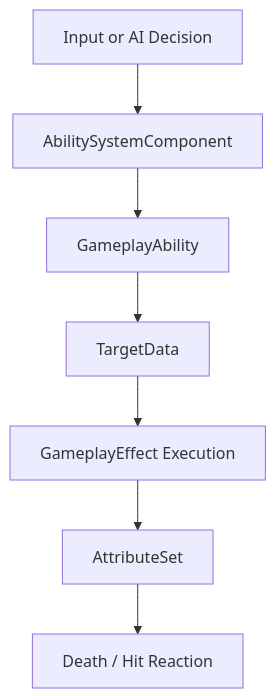
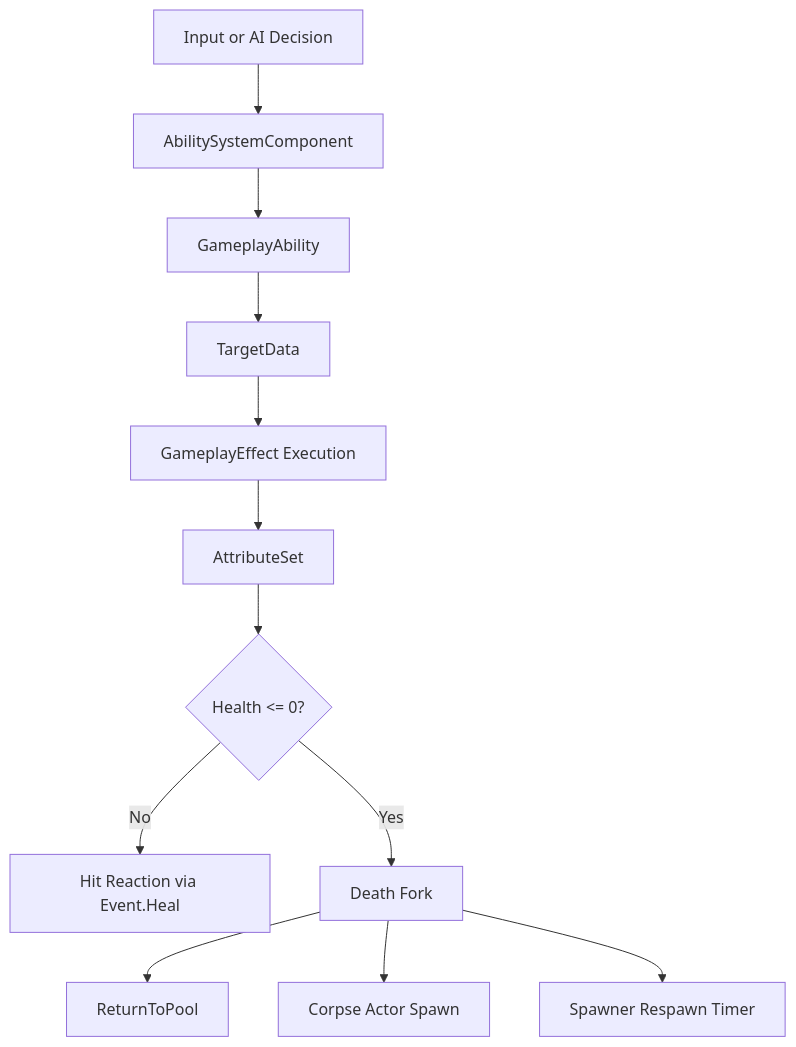
Before and after one commit to maximoh-mmo/PortfolioTutorial: the diagram in Docs/GAS/GAS_System.md, drawn with Mermaid. The commit also changed other lines of this file and 11 other files, not shown here.

````diff
--- a/Docs/GAS/GAS_System.md
+++ b/Docs/GAS/GAS_System.md
@@ -29,9 +29,14 @@
 ```mermaid
 flowchart TD
     InputOrAI[Input or AI Decision] --> ASC[AbilitySystemComponent]
     ASC --> Ability[GameplayAbility]
     Ability --> TargetData
     TargetData --> Execution[GameplayEffect Execution]
     Execution --> Attributes[AttributeSet]
-    Attributes --> DeathOrHit[Death / Hit Reaction]
+    Attributes --> DeathOrHit{Health <= 0?}
+    DeathOrHit -->|No| HitReaction[Hit Reaction via Event.Heal]
+    DeathOrHit -->|Yes| DeathFork[Death Fork]
+    DeathFork --> PoolReturn[ReturnToPool]
+    DeathFork --> CorpseSpawn[Corpse Actor Spawn]
+    DeathFork --> RespawnTimer[Spawner Respawn Timer]
 ```
````
